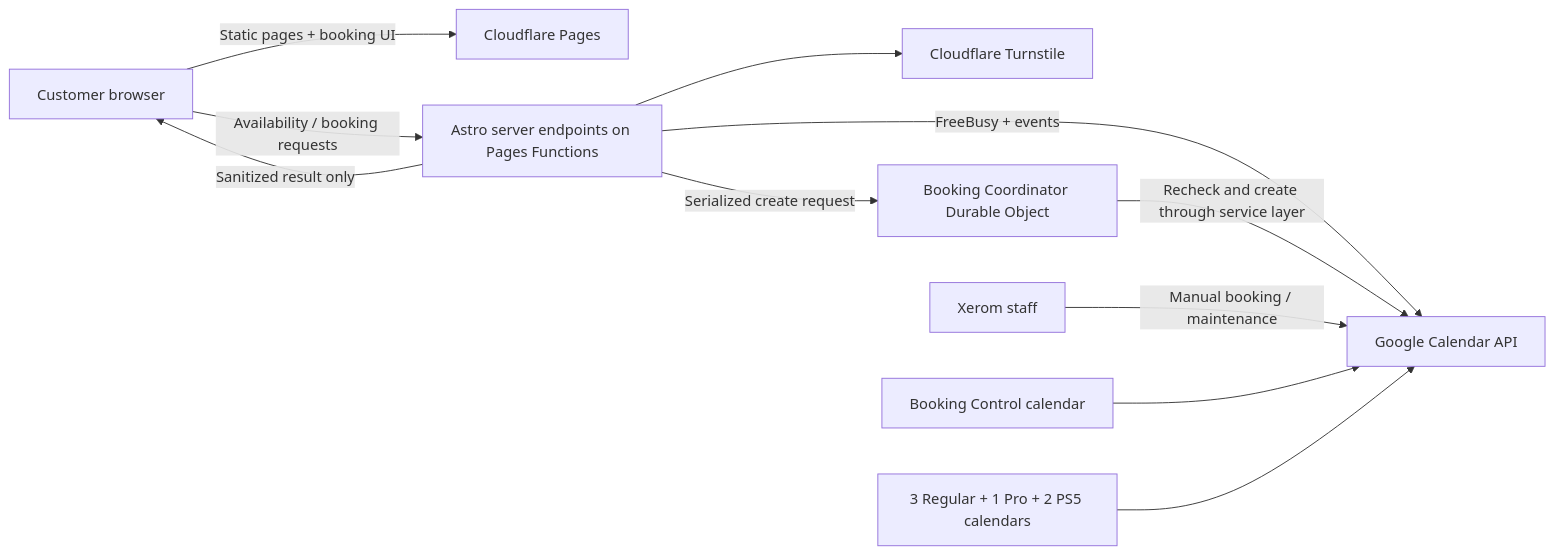
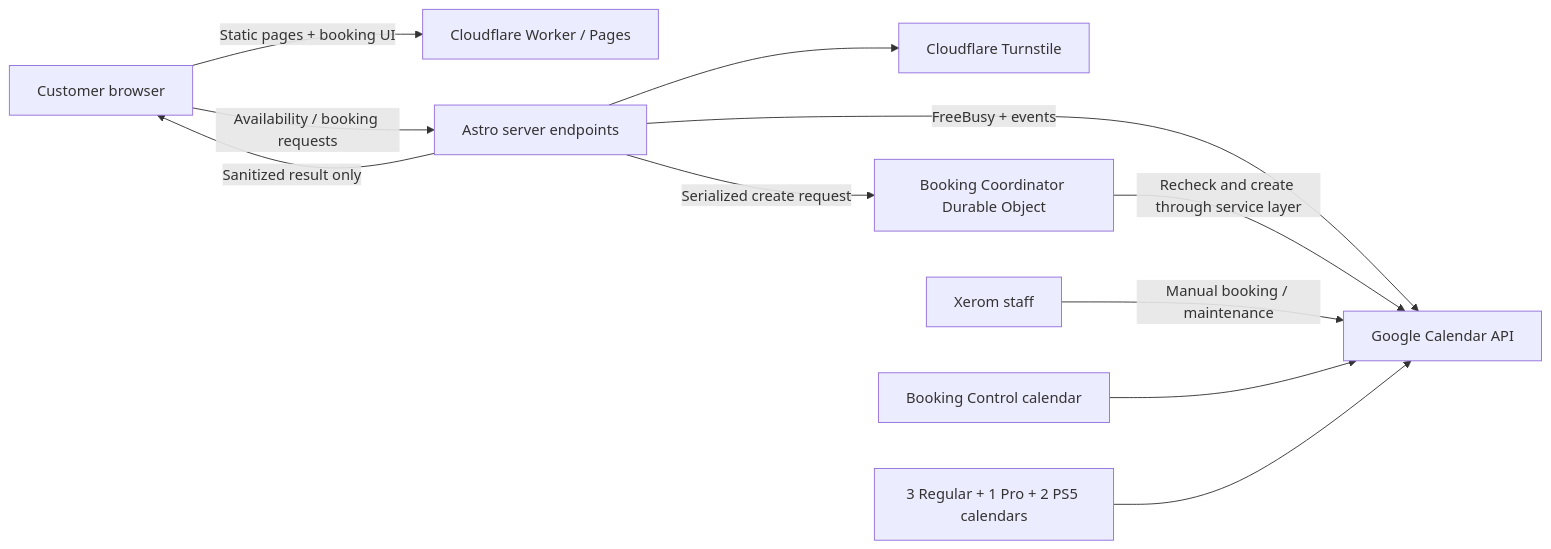
One commit to aaronbasil9400/xerom-website changed the diagram in BOOKING_ARCHITECTURE.md. Above: the diagram before and after it, drawn with Mermaid. The commit also changed other lines of this file and 8 other files, not shown here.

````diff
--- a/BOOKING_ARCHITECTURE.md
+++ b/BOOKING_ARCHITECTURE.md
@@ -7,13 +7,13 @@
 ```mermaid
 flowchart LR
-    U[Customer browser] -->|Static pages + booking UI| P[Cloudflare Pages]
-    U -->|Availability / booking requests| F[Astro server endpoints on Pages Functions]
+    U[Customer browser] -->|Static pages + booking UI| P[Cloudflare Worker / Pages]
+    U -->|Availability / booking requests| F[Astro server endpoints]
     F --> T[Cloudflare Turnstile]
     F -->|FreeBusy + events| G[Google Calendar API]
     F -->|Serialized create request| D[Booking Coordinator Durable Object]
     D -->|Recheck and create through service layer| G
     S[Xerom staff] -->|Manual booking / maintenance| G
     C[Booking Control calendar] --> G
     R[3 Regular + 1 Pro + 2 PS5 calendars] --> G
     F -->|Sanitized result only| U
 ```
````
